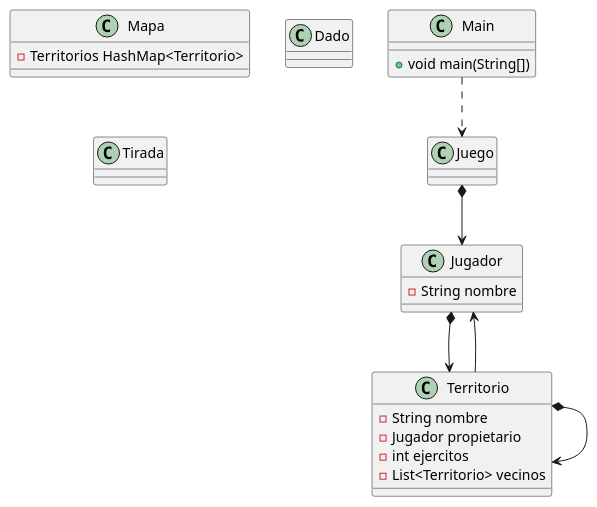
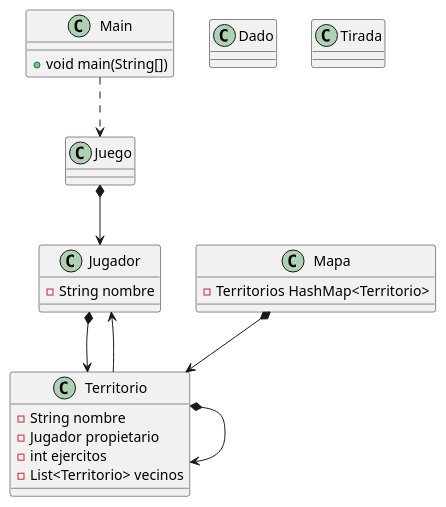
The diagram in doc/UML/diag_clases.puml (hrodriguezp/Imperialist), drawn with PlantUML before and after one commit.

Commit message:
Agregada relación entre clases Mapa y Territorio

```diff
--- a/doc/UML/diag_clases.puml
+++ b/doc/UML/diag_clases.puml
@@ -1,50 +1,54 @@
 @startuml
 
 class Main{
 + void main(String[])
 
 }
 
 class Juego{
 
 }
 
 class Mapa{
  -Territorios HashMap<Territorio>
 }
 
 class Territorio{
  - String nombre
  - Jugador propietario
  - int ejercitos
  - List<Territorio> vecinos
 
 }
 
 class Jugador{
     - String nombre
 }
 
 class Dado{
 
 }
 
 class Tirada{
 
 }
 
 
 Main ..> Juego
 
+Mapa *--> Territorio
+
 Juego *--> Jugador
 
 Jugador *--> Territorio
 
 Territorio *--> Territorio
 
 Territorio --> Jugador
 
 
 
 
+
+
 @enduml
```
